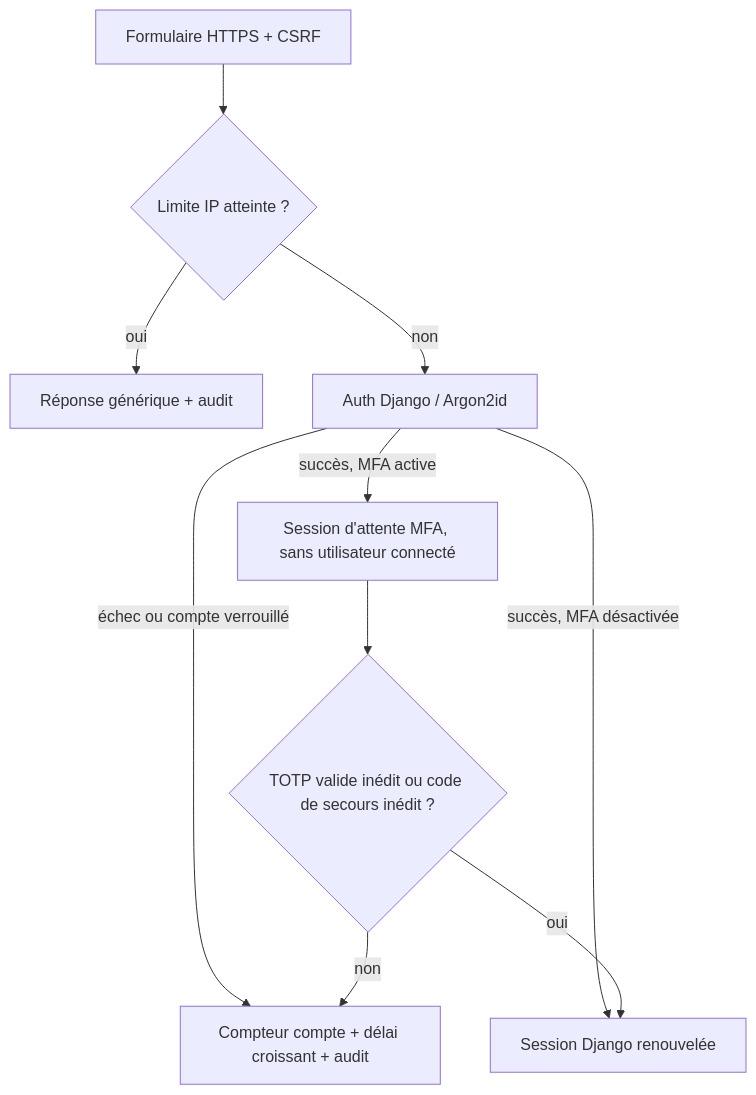
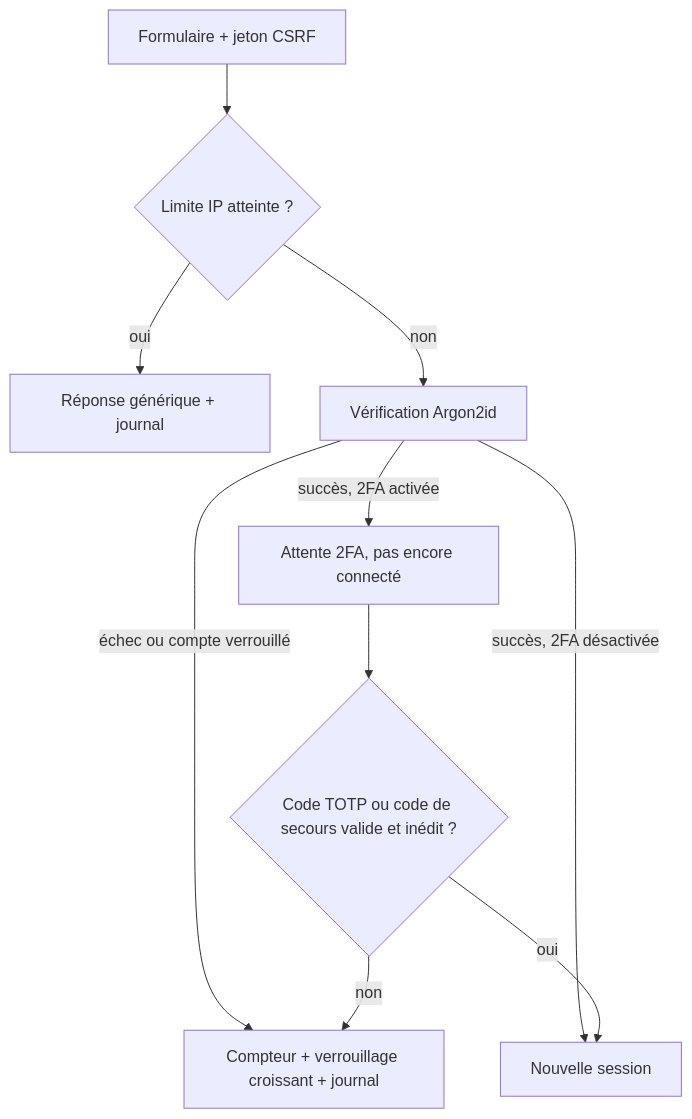
One commit to YANIXX35/thoukou changed the second of 2 diagrams in README.md. Above: the diagram before and after it, drawn with Mermaid. The commit also changed other lines of this file and 1 other file, not shown here.

Commit message:
README d'installation et journal du 16/10 ; versions exactes dans requirements.txt

````diff
--- a/README.md
+++ b/README.md
@@ -95,12 +237,12 @@
 ```mermaid
 flowchart TD
-    A[Formulaire HTTPS + CSRF] --> B{Limite IP atteinte ?}
-    B -- oui --> E[Réponse générique + audit]
-    B -- non --> C[Auth Django / Argon2id]
-    C -- échec ou compte verrouillé --> D[Compteur compte + délai croissant + audit]
-    C -- succès, MFA désactivée --> F[Session Django renouvelée]
-    C -- succès, MFA active --> G[Session d'attente MFA, sans utilisateur connecté]
-    G --> H{TOTP valide inédit ou code de secours inédit ?}
+    A[Formulaire + jeton CSRF] --> B{Limite IP atteinte ?}
+    B -- oui --> E[Réponse générique + journal]
+    B -- non --> C[Vérification Argon2id]
+    C -- échec ou compte verrouillé --> D[Compteur + verrouillage croissant + journal]
+    C -- succès, 2FA désactivée --> F[Nouvelle session]
+    C -- succès, 2FA activée --> G[Attente 2FA, pas encore connecté]
+    G --> H{Code TOTP ou code de secours valide et inédit ?}
     H -- non --> D
     H -- oui --> F
 ```
````
